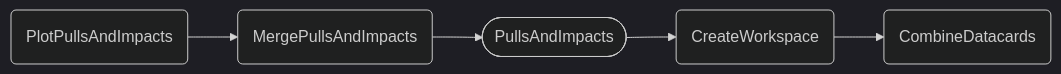
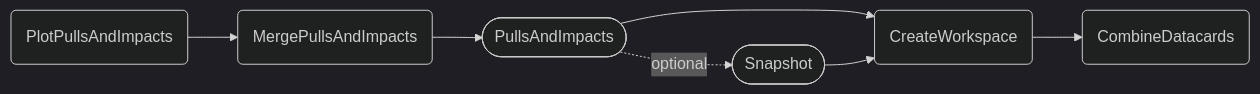
The diagram in docs/content/tasks/pullsandimpacts.md (cms-hh/inference_tools), drawn with Mermaid (dark theme) before and after one commit. The commit also changed 9 other files, not shown here.

````diff
--- a/docs/content/tasks/pullsandimpacts.md
+++ b/docs/content/tasks/pullsandimpacts.md
@@ -33,7 +33,9 @@
 ```mermaid
 graph LR;
     A(PlotPullsAndImpacts) --> B(MergePullsAndImpacts);
     B --> C([PullsAndImpacts]);
     C --> D(CreateWorkspace);
     D --> E(CombineDatacards);
+    C -. optional .-> F([Snapshot]);
+    F --> D;
 ```
````
